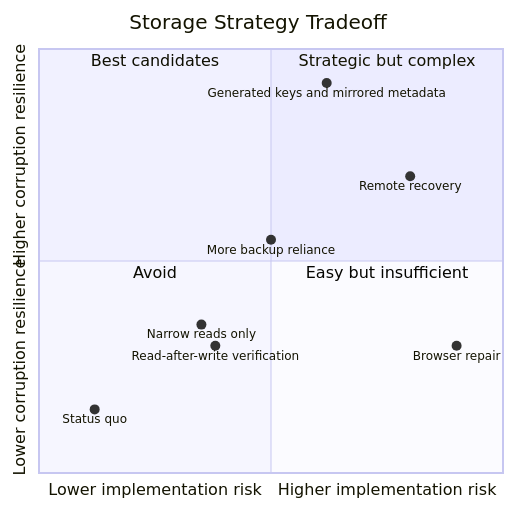
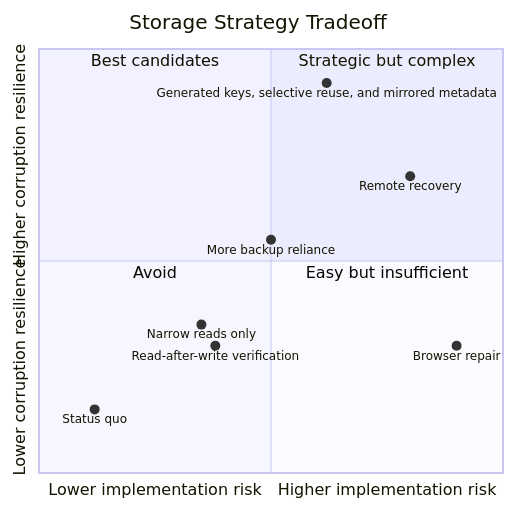
Diagram 11 of 12 in extension-stability-adr-draft.md (MetaMask/metamask-extension), drawn with Mermaid before and after one commit. The commit also changed other lines of this file, not shown here.

Commit message:
docs: refine storage ADR read and reuse strategy

````diff
--- a/extension-stability-adr-draft.md
+++ b/extension-stability-adr-draft.md
@@ -532,17 +671,17 @@
 ```mermaid
 quadrantChart
   title Storage Strategy Tradeoff
   x-axis Lower implementation risk --> Higher implementation risk
   y-axis Lower corruption resilience --> Higher corruption resilience
   quadrant-1 Strategic but complex
   quadrant-2 Best candidates
   quadrant-3 Avoid
   quadrant-4 Easy but insufficient
   Status quo: [0.12, 0.15]
   Narrow reads only: [0.35, 0.35]
   Read-after-write verification: [0.38, 0.30]
   More backup reliance: [0.50, 0.55]
   Remote recovery: [0.80, 0.70]
-  Generated keys and mirrored metadata: [0.62, 0.92]
+  Generated keys, selective reuse, and mirrored metadata: [0.62, 0.92]
   Browser repair: [0.90, 0.30]
 ```
````
